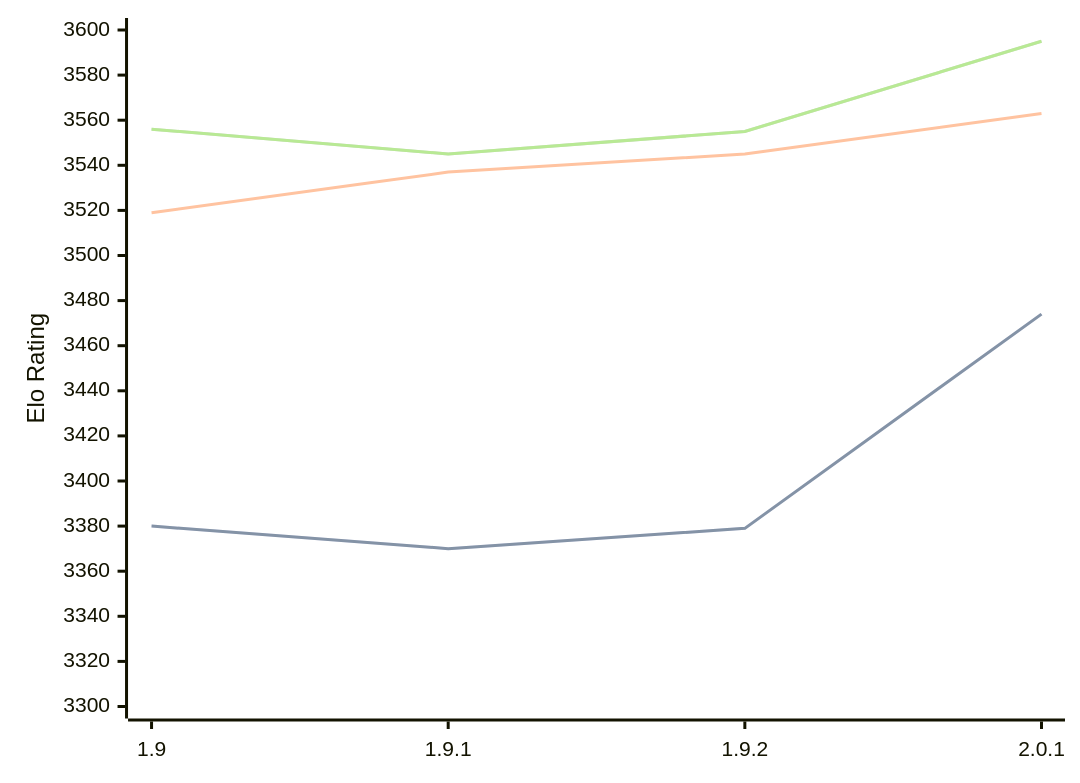
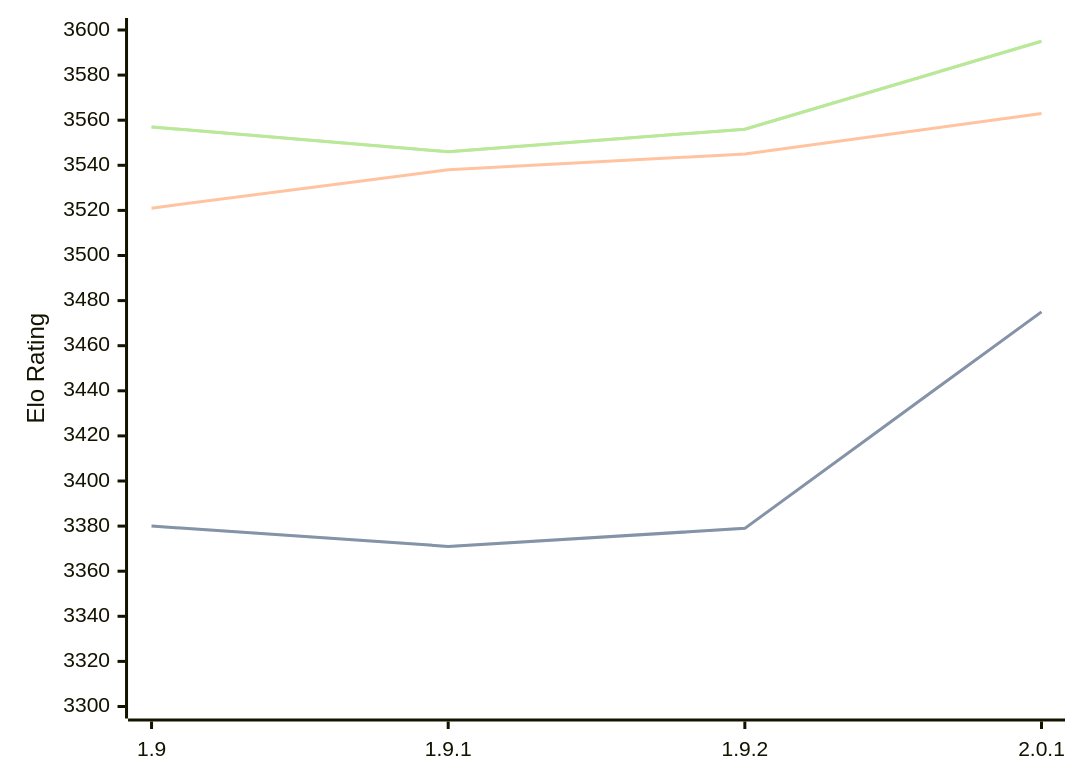
One commit to computer-chess-index/cci changed the diagram in engines/Pawnocchio.md. Above: the diagram before and after it, drawn with Mermaid. The commit also changed other lines of this file, not shown here.

Commit message:
Update CCI Ratings (ELO VLTC) - 2026-09-14

````diff
--- a/engines/Pawnocchio.md
+++ b/engines/Pawnocchio.md
@@ -36,11 +36,11 @@
 ```mermaid
 %%{init: {"theme":"base","themeVariables":{"seriesColors:['#a3a3a3','#222221','#faa371']}}}%%
 xychart-beta
   x-axis ["1.9", "1.9.1", "1.9.2", "2.0.1"]
   y-axis "Elo Rating" 3300 --> 3600
-  line "" [3380, 3370, 3379, 3474]
-  line "STC (8.0+0.08s)" [3380, 3370, 3379, 3474]
-  line "LTC (60.0+0.60s)" [3519, 3537, 3545, 3563]
-  line "" [3556, 3545, 3555, 3595]
-  line "VLTC (2m24s+1.12s)" [3556, 3545, 3555, 3595]
+  line "" [3380, 3371, 3379, 3475]
+  line "STC (8.0+0.08s)" [3380, 3371, 3379, 3475]
+  line "LTC (60.0+0.60s)" [3521, 3538, 3545, 3563]
+  line "" [3557, 3546, 3556, 3595]
+  line "VLTC (2m24s+1.12s)" [3557, 3546, 3556, 3595]
 ```
````
